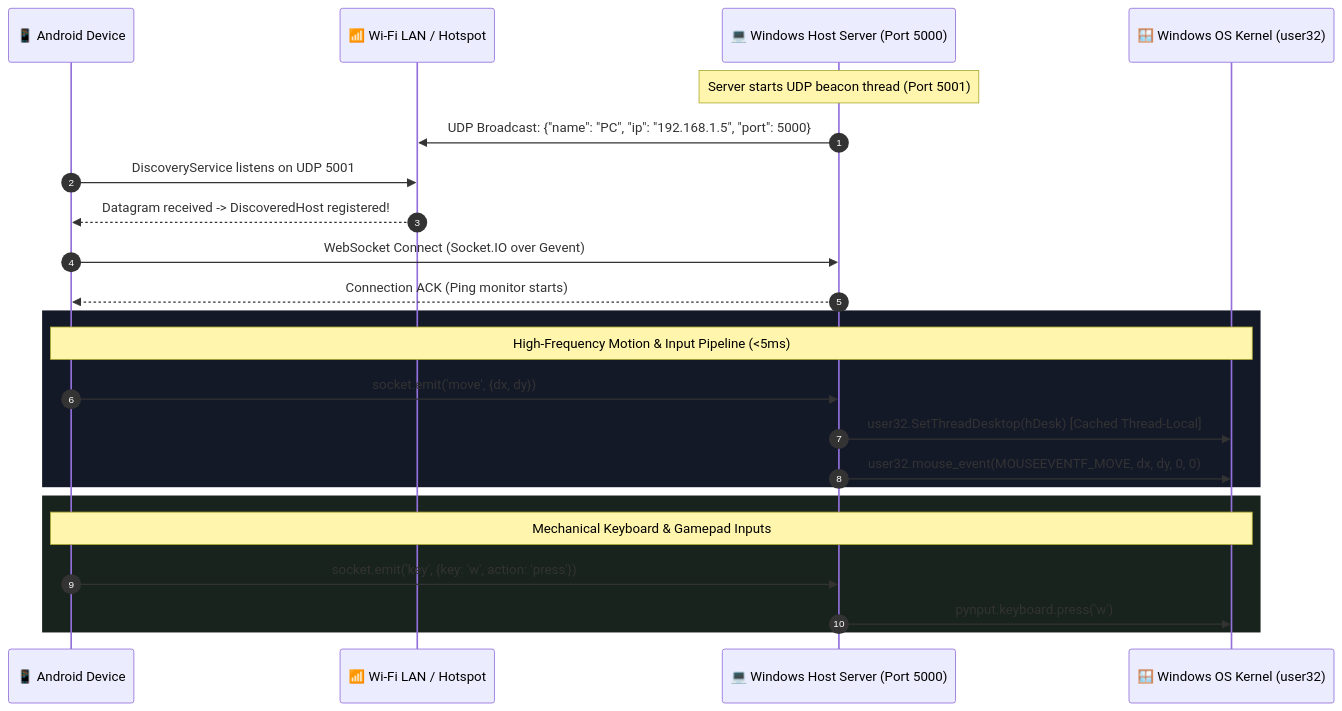
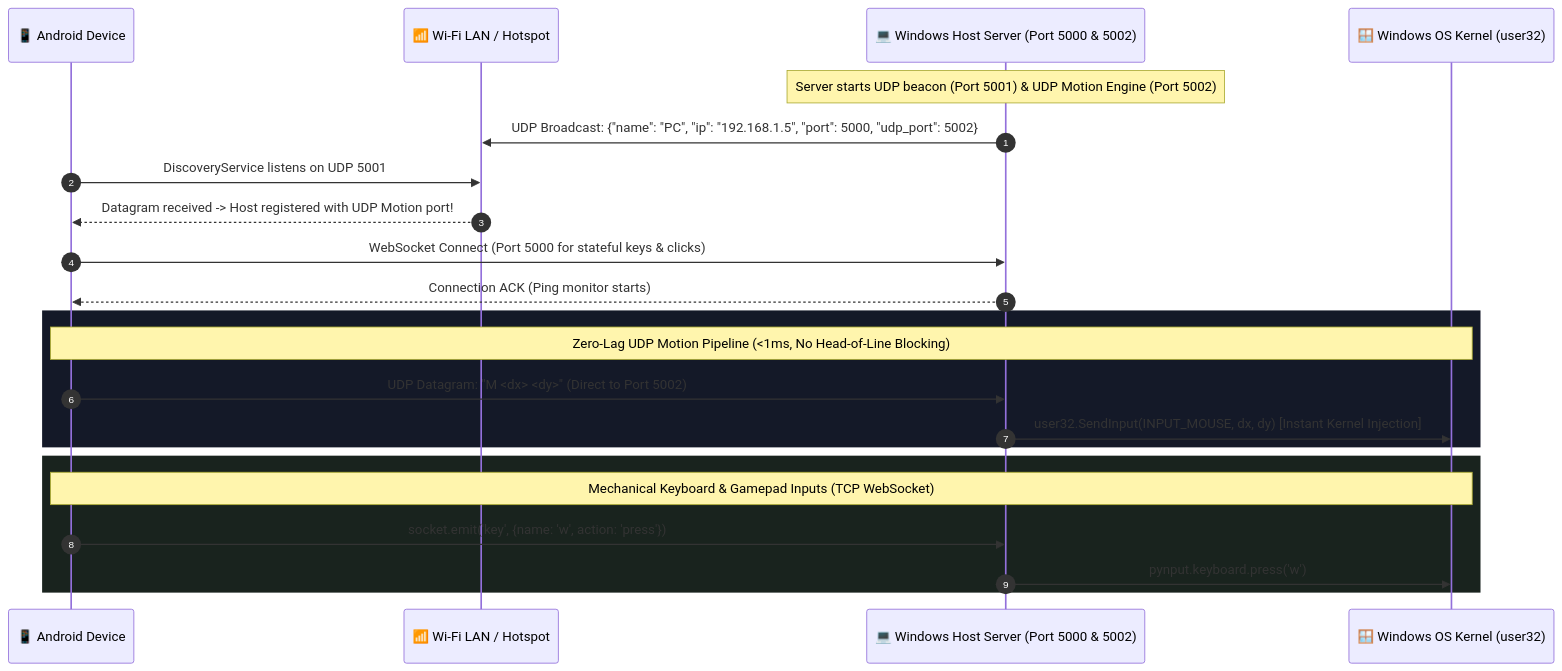
Before and after one commit to AgrShubham/Remote-trackpad-app: the diagram in README.md, drawn with Mermaid. The commit also changed 7 other files, not shown here.

Commit message:
feat: implement zero-lag UDP motion pipeline, 120Hz micro-accumulator, and Win32 SendInput engine

````diff
--- a/README.md
+++ b/README.md
@@ -216,29 +216,28 @@
 ```mermaid
 sequenceDiagram
     autonumber
     participant Phone as 📱 Android Device
     participant LAN as 📶 Wi-Fi LAN / Hotspot
-    participant Server as 💻 Windows Host Server (Port 5000)
+    participant Server as 💻 Windows Host Server (Port 5000 & 5002)
     participant OS as 🪟 Windows OS Kernel (user32)
 
-    Note over Server: Server starts UDP beacon thread (Port 5001)
-    Server->>LAN: UDP Broadcast: {"name": "PC", "ip": "192.168.1.5", "port": 5000}
+    Note over Server: Server starts UDP beacon (Port 5001) & UDP Motion Engine (Port 5002)
+    Server->>LAN: UDP Broadcast: {"name": "PC", "ip": "192.168.1.5", "port": 5000, "udp_port": 5002}
     Phone->>LAN: DiscoveryService listens on UDP 5001
-    LAN-->>Phone: Datagram received -> DiscoveredHost registered!
+    LAN-->>Phone: Datagram received -> Host registered with UDP Motion port!
     
-    Phone->>Server: WebSocket Connect (Socket.IO over Gevent)
+    Phone->>Server: WebSocket Connect (Port 5000 for stateful keys & clicks)
     Server-->>Phone: Connection ACK (Ping monitor starts)
     
     rect rgb(20, 25, 40)
-        Note over Phone, OS: High-Frequency Motion & Input Pipeline (<5ms)
-        Phone->>Server: socket.emit('move', {dx, dy})
-        Server->>OS: user32.SetThreadDesktop(hDesk) [Cached Thread-Local]
-        Server->>OS: user32.mouse_event(MOUSEEVENTF_MOVE, dx, dy, 0, 0)
+        Note over Phone, OS: Zero-Lag UDP Motion Pipeline (<1ms, No Head-of-Line Blocking)
+        Phone->>Server: UDP Datagram: "M <dx> <dy>" (Direct to Port 5002)
+        Server->>OS: user32.SendInput(INPUT_MOUSE, dx, dy) [Instant Kernel Injection]
     end
 
     rect rgb(25, 35, 30)
-        Note over Phone, OS: Mechanical Keyboard & Gamepad Inputs
-        Phone->>Server: socket.emit('key', {key: 'w', action: 'press'})
+        Note over Phone, OS: Mechanical Keyboard & Gamepad Inputs (TCP WebSocket)
+        Phone->>Server: socket.emit('key', {name: 'w', action: 'press'})
         Server->>OS: pynput.keyboard.press('w')
     end
 ```
````
